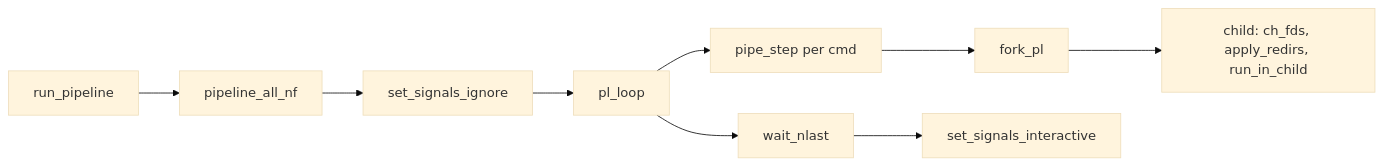
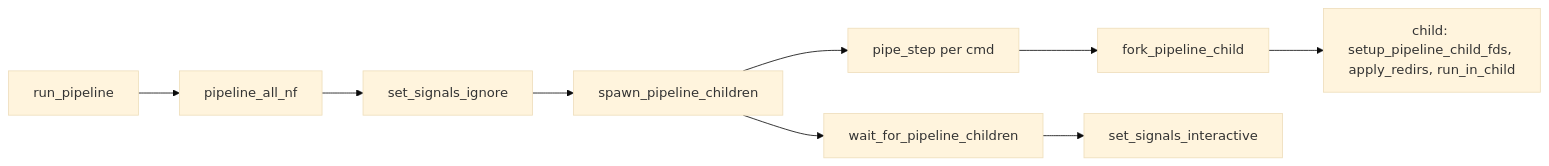
One commit to gkhavari/minishell changed diagram 13 of 14 in docs/MINISHELL_ARCHITECTURE.md. Above: the diagram before and after it, drawn with Mermaid (base theme). The commit also changed other lines of this file and 3 other files, not shown here.

````diff
--- a/docs/MINISHELL_ARCHITECTURE.md
+++ b/docs/MINISHELL_ARCHITECTURE.md
@@ -873,11 +902,11 @@
 ```mermaid
 flowchart LR
     EP[run_pipeline] --> NF[pipeline_all_nf]
     NF --> IGN[set_signals_ignore]
-    IGN --> LOOP[pl_loop]
+    IGN --> LOOP[spawn_pipeline_children]
     LOOP --> RPS[pipe_step per cmd]
-    RPS --> FORK[fork_pl]
-    FORK --> CHILD[child: ch_fds, apply_redirs, run_in_child]
-    LOOP --> WAIT[wait_nlast]
+    RPS --> FORK[fork_pipeline_child]
+    FORK --> CHILD[child: setup_pipeline_child_fds, apply_redirs, run_in_child]
+    LOOP --> WAIT[wait_for_pipeline_children]
     WAIT --> INT[set_signals_interactive]
 ```
````
